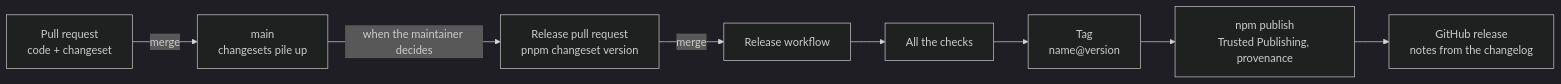
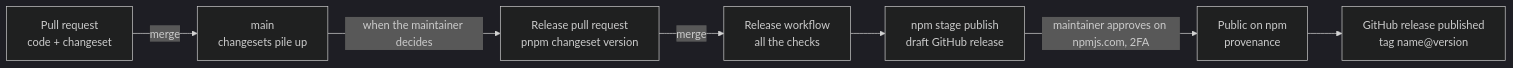
The diagram in docs/releasing.md (qr-bill/qr-bill), drawn with Mermaid (dark theme) before and after one commit. The commit also changed other lines of this file and 4 other files, not shown here.

Commit message:
chore: stage releases on npm, approved by a maintainer (#19) (#20)

````diff
--- a/docs/releasing.md
+++ b/docs/releasing.md
@@ -11,10 +12,9 @@
 ```mermaid
 flowchart LR
   feature["Pull request<br/>code + changeset"] -->|merge| main["main<br/>changesets pile up"]
   main -->|when the maintainer decides| release["Release pull request<br/>pnpm changeset version"]
-  release -->|merge| workflow["Release workflow"]
-  workflow --> checks["All the checks"]
-  checks --> tag["Tag<br/>name@version"]
-  tag --> npm["npm publish<br/>Trusted Publishing, provenance"]
-  npm --> github["GitHub release<br/>notes from the changelog"]
+  release -->|merge| workflow["Release workflow<br/>all the checks"]
+  workflow --> staged["npm stage publish<br/>draft GitHub release"]
+  staged -->|maintainer approves on npmjs.com, 2FA| npm["Public on npm<br/>provenance"]
+  npm --> github["GitHub release published<br/>tag name@version"]
 ```
````
